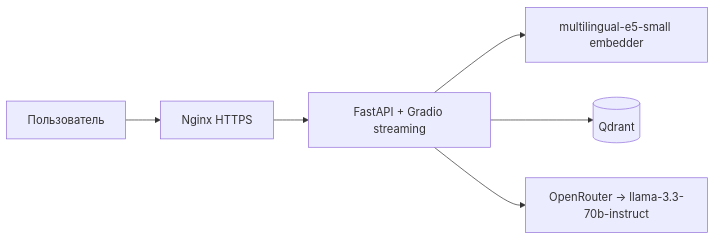
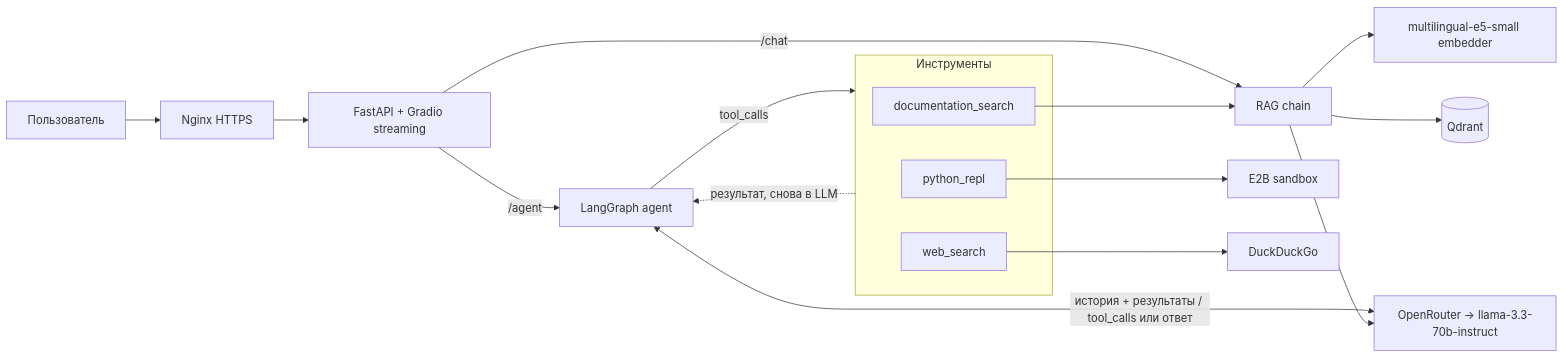
One commit to evsndnis/rag-agent changed the first of 2 diagrams in README.md. Above: the diagram before and after it, drawn with Mermaid. The commit also changed other lines of this file and 1 other file, not shown here.

Commit message:
docs: update README and restore LIMITATIONS.md for agent mode

````diff
--- a/README.md
+++ b/README.md
@@ -10,8 +17,21 @@
 ```mermaid
 flowchart LR
     USER[Пользователь] --> NGINX[Nginx HTTPS]
     NGINX --> APP[FastAPI + Gradio streaming]
-    APP --> EMB[multilingual-e5-small embedder]
-    APP --> Q[(Qdrant)]
-    APP --> LLM[OpenRouter -> llama-3.3-70b-instruct]
+    APP -->|/chat| RAG[RAG chain]
+    APP -->|/agent| AGENT[LangGraph agent]
+    AGENT <-->|"история + результаты / tool_calls или ответ"| LLM[OpenRouter -> llama-3.3-70b-instruct]
+    AGENT -->|tool_calls| TOOLS
+    subgraph TOOLS [Инструменты]
+        DOC[documentation_search]
+        REPL[python_repl]
+        WEB[web_search]
+    end
+    TOOLS -.->|результат, снова в LLM| AGENT
+    DOC --> RAG
+    RAG --> EMB[multilingual-e5-small embedder]
+    RAG --> Q[(Qdrant)]
+    RAG --> LLM
+    REPL --> E2B[E2B sandbox]
+    WEB --> DDG[DuckDuckGo]
 ```
````
